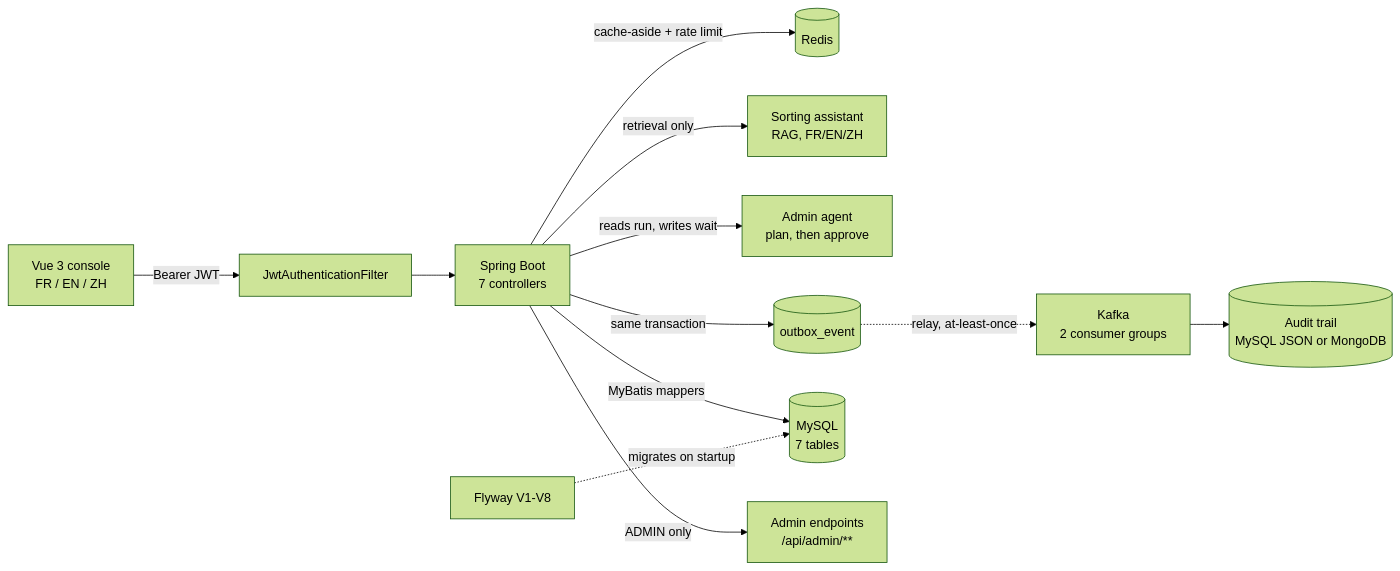
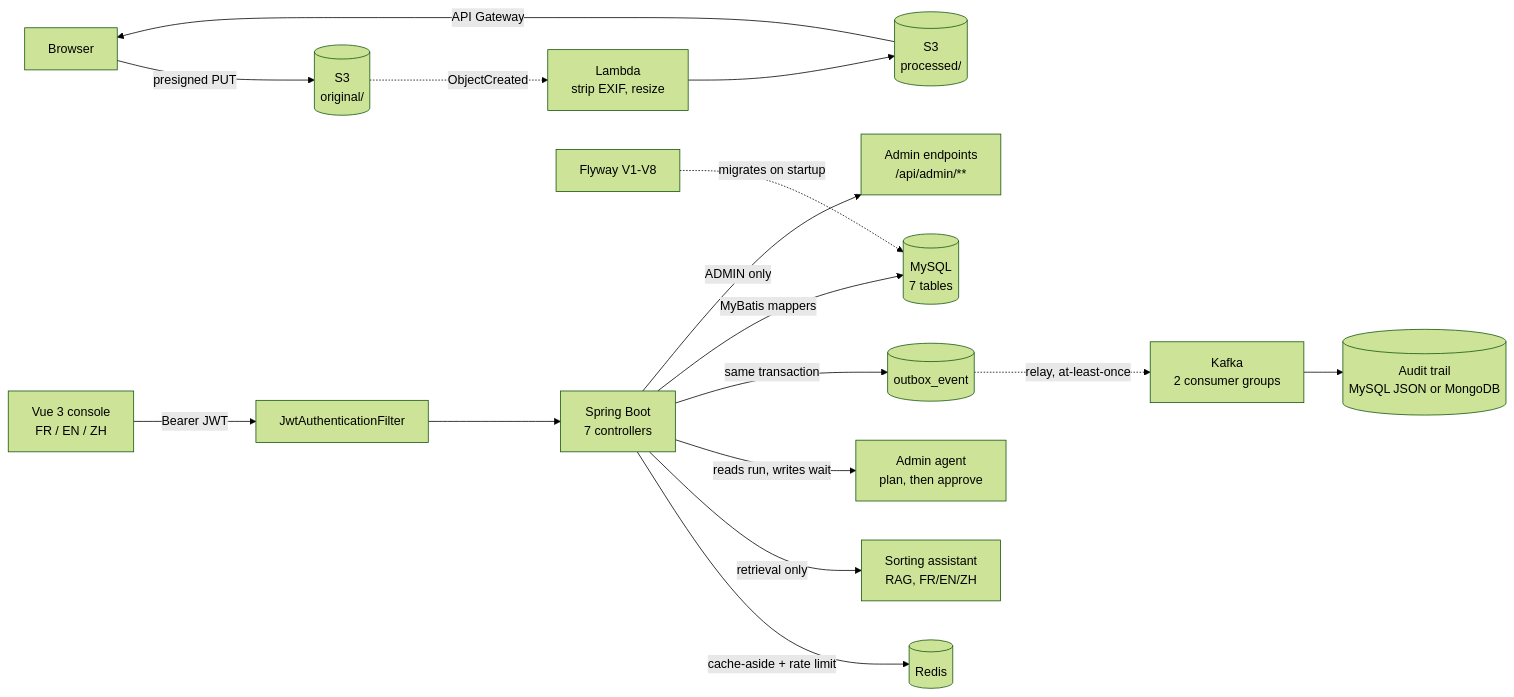
One commit to kingmars2022/blainville-waste-sorting changed the diagram in README.md. Above: the diagram before and after it, drawn with Mermaid (forest theme). The commit also changed other lines of this file and 17 other files, not shown here.

First line of the commit message:
feat: resident photo intake on S3 + Lambda + API Gateway

````diff
--- a/README.md
+++ b/README.md
@@ -8,14 +8,18 @@
 ```mermaid
 flowchart LR
     V["Vue 3 console<br/>FR / EN / ZH"] -->|"Bearer JWT"| F["JwtAuthenticationFilter"]
     F --> A["Spring Boot<br/>7 controllers"]
     A -->|"cache-aside + rate limit"| R[("Redis")]
     A -->|"retrieval only"| AI["Sorting assistant<br/>RAG, FR/EN/ZH"]
     A -->|"reads run, writes wait"| AG["Admin agent<br/>plan, then approve"]
+    B["Browser"] -->|"presigned PUT"| S3[("S3<br/>original/")]
+    S3 -.->|"ObjectCreated"| L["Lambda<br/>strip EXIF, resize"]
+    L --> S3P[("S3<br/>processed/")]
+    S3P -->|"API Gateway"| B
     A -->|"same transaction"| OB[("outbox_event")]
     OB -.->|"relay, at-least-once"| K["Kafka<br/>2 consumer groups"]
     K --> AU[("Audit trail<br/>MySQL JSON or MongoDB")]
     A -->|"MyBatis mappers"| D[("MySQL<br/>7 tables")]
     FW["Flyway V1-V8"] -.->|"migrates on startup"| D
     A -->|"ADMIN only"| ADM["Admin endpoints<br/>/api/admin/**"]
 ```
````
